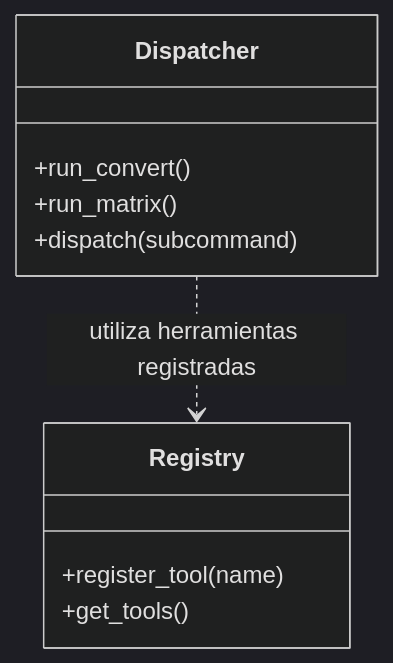
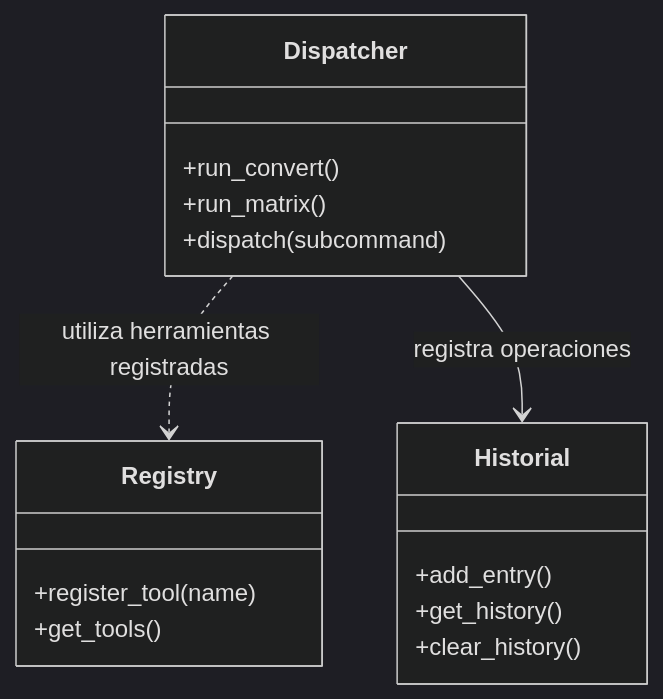
Before and after one commit to sis-inf/escuadra: the diagram in docs/arquitectura.md, drawn with Mermaid (dark theme). The commit also changed other lines of this file, not shown here.

Commit message:
docs: add Historial class and fix architecture diagram

````diff
--- a/docs/arquitectura.md
+++ b/docs/arquitectura.md
@@ -105,17 +104,23 @@
 ```mermaid
 classDiagram
 
 class Dispatcher {
     +run_convert()
     +run_matrix()
     +dispatch(subcommand)
 }
 
 class Registry {
     +register_tool(name)
     +get_tools()
 }
 
+class Historial {
+    +add_entry()
+    +get_history()
+    +clear_history()
+}
 
 Dispatcher ..> Registry : utiliza herramientas registradas
+Dispatcher --> Historial : registra operaciones
 ```
````
